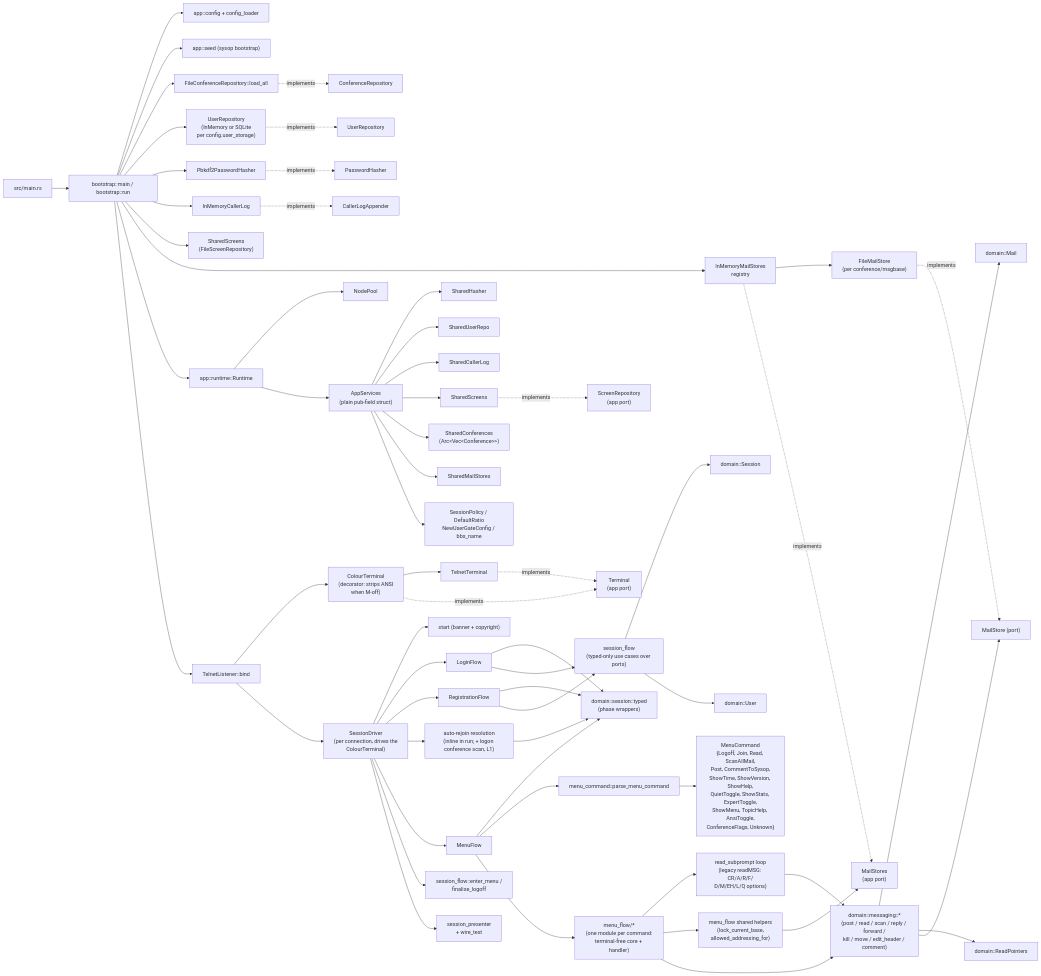
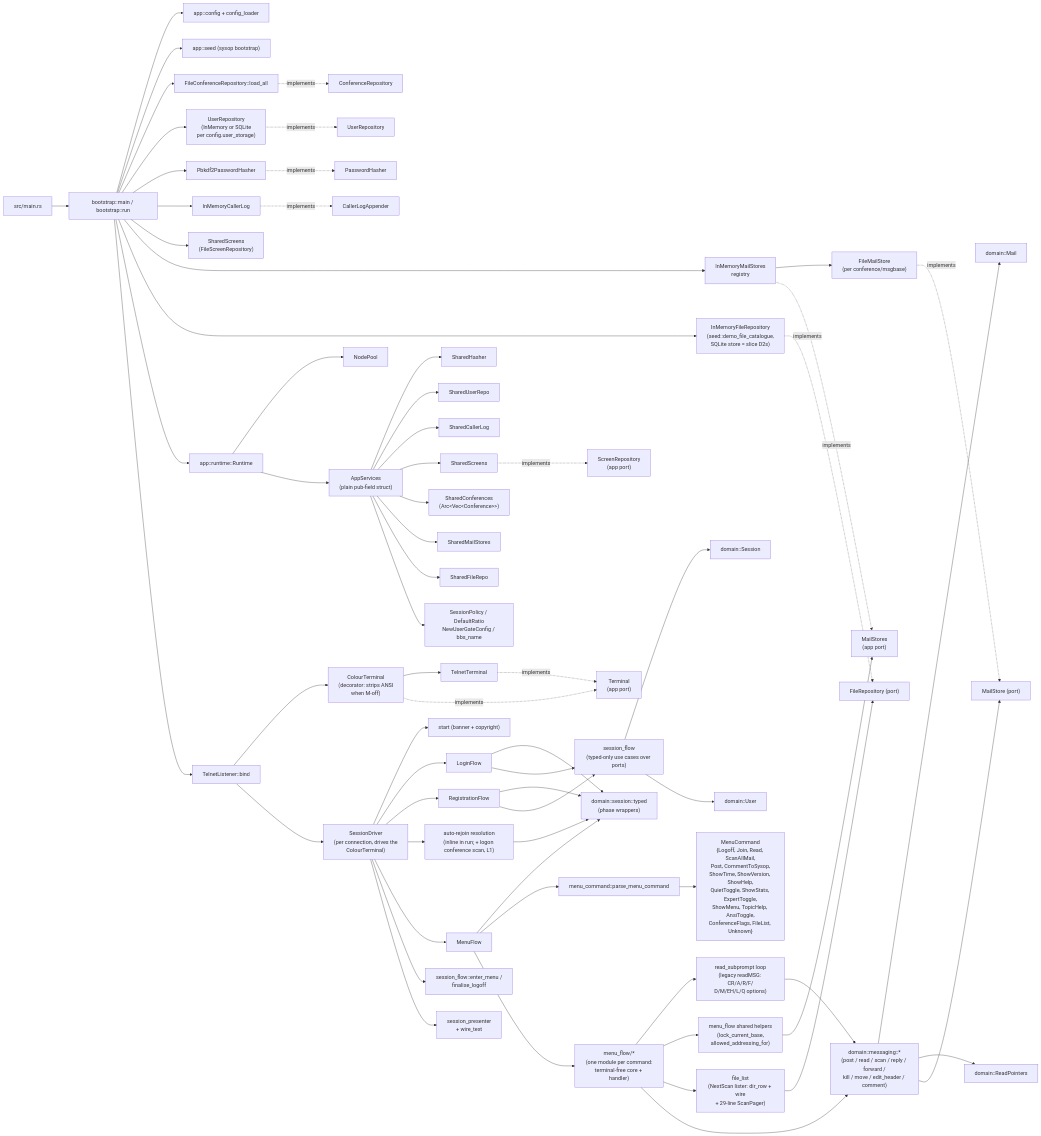
The diagram in SYSTEM.md (pingles/nextexpress), drawn with Mermaid before and after one commit. The commit also changed other lines of this file and 14 other files, not shown here.

````diff
--- a/SYSTEM.md
+++ b/SYSTEM.md
@@ -92,72 +95,77 @@
 ```mermaid
 flowchart LR
     Main["src/main.rs"] --> AppRun["bootstrap::main / bootstrap::run"]
 
     AppRun --> Config["app::config + config_loader"]
     AppRun --> Seed["app::seed (sysop bootstrap)"]
     AppRun --> ConfRepo["FileConferenceRepository::load_all"]
     AppRun --> UserRepo["UserRepository\n(InMemory or SQLite\nper config.user_storage)"]
     AppRun --> Hasher["Pbkdf2PasswordHasher"]
     AppRun --> CallerLog["InMemoryCallerLog"]
     AppRun --> Screens["SharedScreens\n(FileScreenRepository)"]
     AppRun --> MailRegistry["InMemoryMailStores\nregistry"]
+    AppRun --> FileCatalogue["InMemoryFileRepository\n(seed::demo_file_catalogue,\nSQLite store = slice D2s)"]
     MailRegistry --> FileMailStore["FileMailStore\n(per conference/msgbase)"]
 
     AppRun --> Runtime["app::runtime::Runtime"]
     Runtime --> NodePool["NodePool"]
     Runtime --> Services["AppServices\n(plain pub-field struct)"]
 
     Services --> Sharedhasher["SharedHasher"]
     Services --> SharedRepo["SharedUserRepo"]
     Services --> SharedLog["SharedCallerLog"]
     Services --> SharedScreens
     Services --> SharedConfs["SharedConferences\n(Arc&lt;Vec&lt;Conference&gt;&gt;)"]
     Services --> SharedMail["SharedMailStores"]
+    Services --> SharedFiles["SharedFileRepo"]
     Services --> Policy["SessionPolicy / DefaultRatio\nNewUserGateConfig / bbs_name"]
 
     AppRun --> Telnet["TelnetListener::bind"]
     Telnet --> Colour["ColourTerminal\n(decorator: strips ANSI\nwhen M-off)"]
     Colour --> Terminal["TelnetTerminal"]
     Telnet --> Driver["SessionDriver\n(per connection, drives the\nColourTerminal)"]
 
     Driver --> Start["start (banner + copyright)"]
     Driver --> Login["LoginFlow"]
     Driver --> Registration["RegistrationFlow"]
     Driver --> AutoRejoin["auto-rejoin resolution\n(inline in run; + logon conference scan, L1)"]
     Driver --> Menu["MenuFlow"]
     Driver --> Finalise["session_flow::enter_menu /\nfinalise_logoff"]
 
     Login --> Typed["domain::session::typed\n(phase wrappers)"]
     Registration --> Typed
     Menu --> Typed
     AutoRejoin --> Typed
     Login --> SF["session_flow\n(typed-only use cases over ports)"]
     Registration --> SF
     Driver --> Presenter["session_presenter\n+ wire_text"]
 
     Menu --> Parse["menu_command::parse_menu_command"]
-    Parse --> Cmds["MenuCommand\n{Logoff, Join, Read, ScanAllMail,\nPost, CommentToSysop,\nShowTime, ShowVersion, ShowHelp,\nQuietToggle, ShowStats, ExpertToggle,\nShowMenu, TopicHelp, AnsiToggle,\nConferenceFlags, Unknown}"]
+    Parse --> Cmds["MenuCommand\n{Logoff, Join, Read, ScanAllMail,\nPost, CommentToSysop,\nShowTime, ShowVersion, ShowHelp,\nQuietToggle, ShowStats, ExpertToggle,\nShowMenu, TopicHelp, AnsiToggle,\nConferenceFlags, FileList, Unknown}"]
     Menu --> MenuFlowHandlers["menu_flow/*\n(one module per command:\nterminal-free core + handler)"]
 
     MenuFlowHandlers --> ReadSub["read_subprompt loop\n(legacy readMSG: CR/A/R/F/\nD/M/EH/L/Q options)"]
     MenuFlowHandlers --> BaseHelpers["menu_flow shared helpers\n(lock_current_base,\nallowed_addressing_for)"]
     BaseHelpers --> MailRegistryPort
+    MenuFlowHandlers --> FileList["file_list\n(NextScan lister: dir_row + wire\n+ 29-line ScanPager)"]
+    FileList --> FilePort["FileRepository (port)"]
+    FileCatalogue -.implements.-> FilePort
     MenuFlowHandlers --> Rules["domain::messaging::*\n(post / read / scan / reply / forward /\nkill / move / edit_header / comment)"]
     ReadSub --> Rules
 
     Rules --> Mail["domain::Mail"]
     Rules --> Pointers["domain::ReadPointers"]
     Rules --> MailPort["MailStore (port)"]
     SF --> DomainSession["domain::Session"]
     SF --> DomainUser["domain::User"]
 
     ConfRepo -.implements.-> ConfPort["ConferenceRepository"]
     UserRepo -.implements.-> UserPort["UserRepository"]
     Hasher -.implements.-> HasherPort["PasswordHasher"]
     CallerLog -.implements.-> LogPort["CallerLogAppender"]
     SharedScreens -.implements.-> ScreenPort["ScreenRepository\n(app port)"]
     MailRegistry -.implements.-> MailRegistryPort["MailStores\n(app port)"]
     FileMailStore -.implements.-> MailPort
     Terminal -.implements.-> TermPort["Terminal\n(app port)"]
     Colour -.implements.-> TermPort
 ```
````
